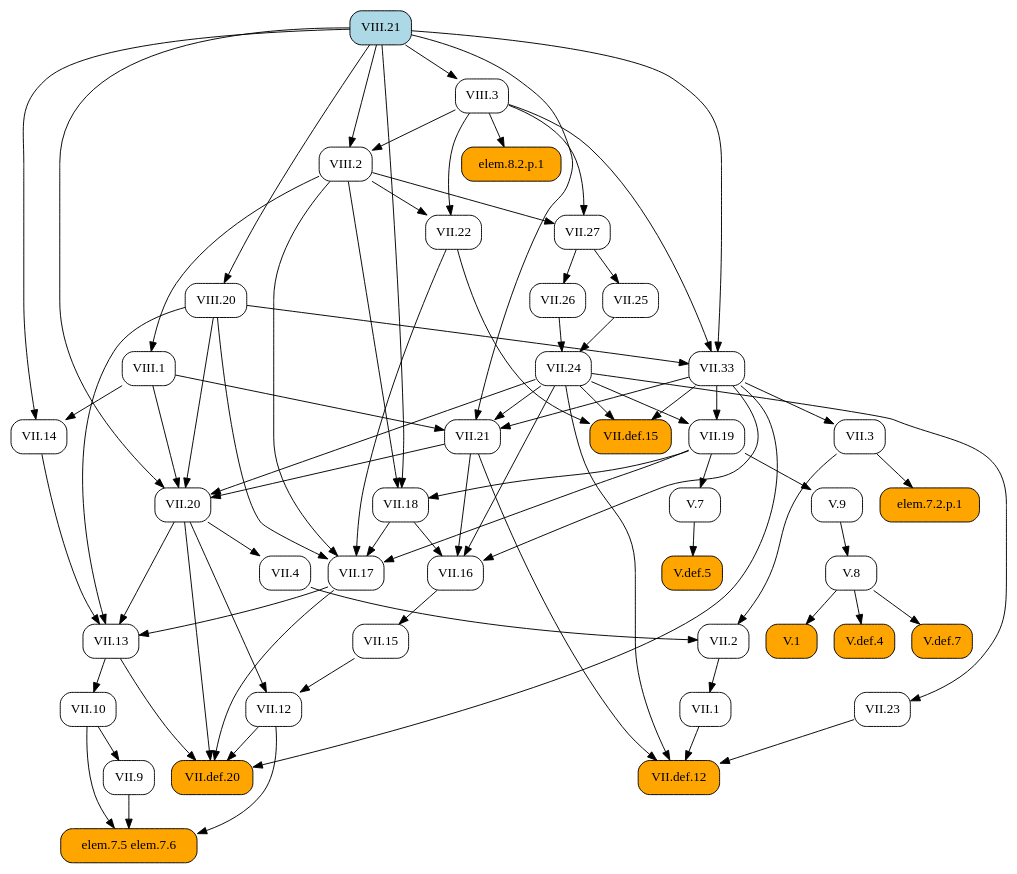
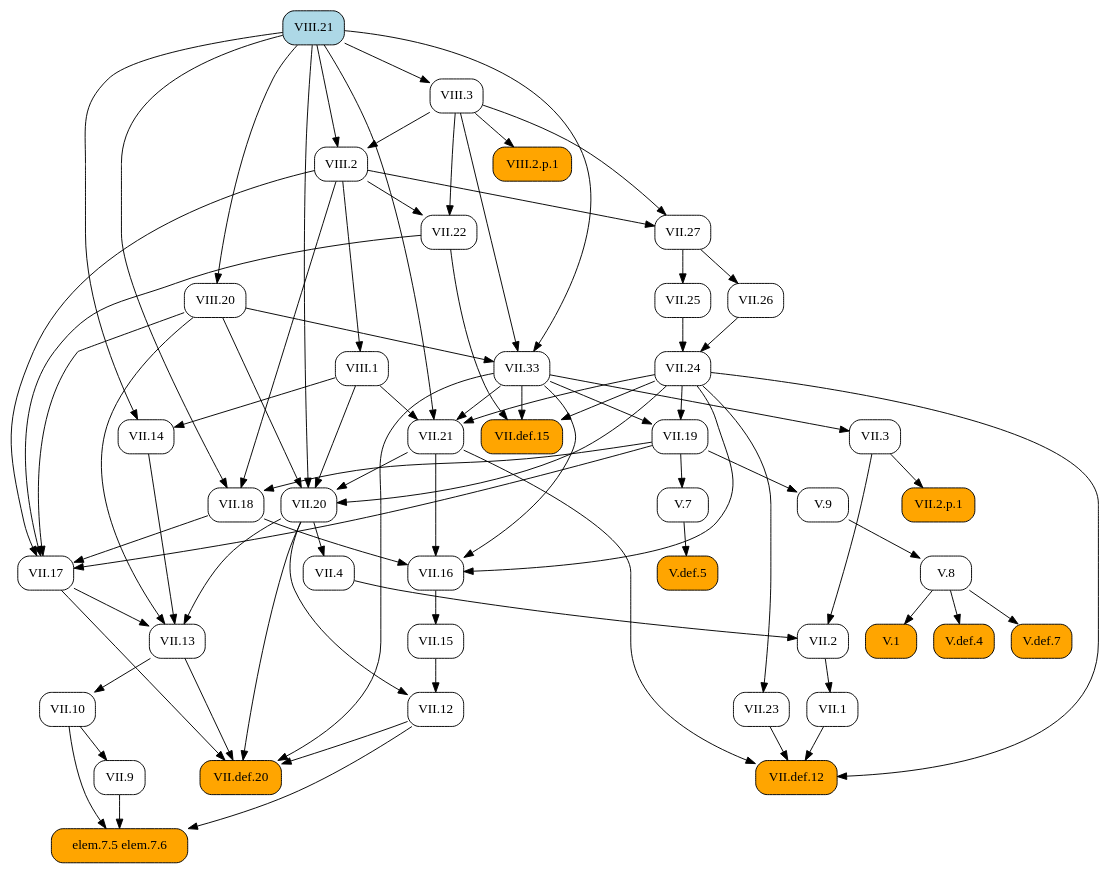
One commit to geometor/elements changed the diagram in docsrc/heath/VIII/21/index.rst. Above: the diagram before and after it, drawn with Graphviz. The commit also changed 484 other files, not shown here.

```diff
--- a/docsrc/heath/VIII/21/index.rst
+++ b/docsrc/heath/VIII/21/index.rst
@@ -66,125 +66,125 @@
    digraph {
      rankdir="TB";
      node [shape=box, style=rounded];
+     "VII.33" [URL="/heath/VII/33/", target="_top"];
+     "VII.12" [URL="/heath/VII/12/", target="_top"];
+     "elem.7.5 elem.7.6" [style="rounded,filled", fillcolor=orange];
+     "VIII.20" [URL="/heath/VIII/20/", target="_top"];
+     "VII.9" [URL="/heath/VII/9/", target="_top"];
+     "VIII.2" [URL="/heath/VIII/2/", target="_top"];
+     "VII.18" [URL="/heath/VII/18/", target="_top"];
+     "VII.16" [URL="/heath/VII/16/", target="_top"];
+     "V.7" [URL="/heath/V/7/", target="_top"];
+     "VII.26" [URL="/heath/VII/26/", target="_top"];
+     "V.def.5" [style="rounded,filled", fillcolor=orange, URL="/heath/V/def.5/", target="_top"];
+     "V.9" [URL="/heath/V/9/", target="_top"];
+     "VII.10" [URL="/heath/VII/10/", target="_top"];
+     "VIII.3" [URL="/heath/VIII/3/", target="_top"];
+     "VII.13" [URL="/heath/VII/13/", target="_top"];
+     "VII.def.15" [style="rounded,filled", fillcolor=orange, URL="/heath/VII/def.15/", target="_top"];
+     "VII.17" [URL="/heath/VII/17/", target="_top"];
+     "VII.19" [URL="/heath/VII/19/", target="_top"];
+     "VIII.2.p.1" [style="rounded,filled", fillcolor=orange];
+     "VII.2" [URL="/heath/VII/2/", target="_top"];
+     "VII.def.20" [style="rounded,filled", fillcolor=orange, URL="/heath/VII/def.20/", target="_top"];
+     "VII.2.p.1" [style="rounded,filled", fillcolor=orange];
+     "VII.15" [URL="/heath/VII/15/", target="_top"];
+     "V.def.4" [style="rounded,filled", fillcolor=orange, URL="/heath/V/def.4/", target="_top"];
+     "V.def.7" [style="rounded,filled", fillcolor=orange, URL="/heath/V/def.7/", target="_top"];
+     "VII.14" [URL="/heath/VII/14/", target="_top"];
+     "VIII.21" [style="rounded,filled", fillcolor=lightblue, URL="/heath/VIII/21/", target="_top"];
+     "VII.27" [URL="/heath/VII/27/", target="_top"];
+     "VII.21" [URL="/heath/VII/21/", target="_top"];
+     "VII.22" [URL="/heath/VII/22/", target="_top"];
+     "VII.25" [URL="/heath/VII/25/", target="_top"];
+     "VIII.1" [URL="/heath/VIII/1/", target="_top"];
      "VII.1" [URL="/heath/VII/1/", target="_top"];
-     "VII.9" [URL="/heath/VII/9/", target="_top"];
-     "V.def.5" [style="rounded,filled", fillcolor=orange, URL="/heath/V/def.5/", target="_top"];
+     "V.8" [URL="/heath/V/8/", target="_top"];
+     "VII.23" [URL="/heath/VII/23/", target="_top"];
+     "VII.4" [URL="/heath/VII/4/", target="_top"];
+     "VII.def.12" [style="rounded,filled", fillcolor=orange, URL="/heath/VII/def.12/", target="_top"];
+     "V.1" [style="rounded,filled", fillcolor=orange, URL="/heath/V/1/", target="_top"];
      "VII.3" [URL="/heath/VII/3/", target="_top"];
-     "VII.17" [URL="/heath/VII/17/", target="_top"];
-     "elem.7.5 elem.7.6" [style="rounded,filled", fillcolor=orange];
-     "VIII.21" [style="rounded,filled", fillcolor=lightblue, URL="/heath/VIII/21/", target="_top"];
-     "V.7" [URL="/heath/V/7/", target="_top"];
-     "V.9" [URL="/heath/V/9/", target="_top"];
-     "VII.13" [URL="/heath/VII/13/", target="_top"];
-     "VII.2" [URL="/heath/VII/2/", target="_top"];
-     "VIII.1" [URL="/heath/VIII/1/", target="_top"];
-     "VIII.2" [URL="/heath/VIII/2/", target="_top"];
-     "VII.12" [URL="/heath/VII/12/", target="_top"];
      "VII.24" [URL="/heath/VII/24/", target="_top"];
-     "VII.def.12" [style="rounded,filled", fillcolor=orange, URL="/heath/VII/def.12/", target="_top"];
-     "V.8" [URL="/heath/V/8/", target="_top"];
-     "VII.33" [URL="/heath/VII/33/", target="_top"];
-     "elem.7.2.p.1" [style="rounded,filled", fillcolor=orange];
-     "VII.10" [URL="/heath/VII/10/", target="_top"];
-     "VII.def.15" [style="rounded,filled", fillcolor=orange, URL="/heath/VII/def.15/", target="_top"];
-     "VII.18" [URL="/heath/VII/18/", target="_top"];
-     "VII.19" [URL="/heath/VII/19/", target="_top"];
-     "VII.16" [URL="/heath/VII/16/", target="_top"];
-     "VII.26" [URL="/heath/VII/26/", target="_top"];
-     "VII.4" [URL="/heath/VII/4/", target="_top"];
-     "VII.25" [URL="/heath/VII/25/", target="_top"];
-     "VII.21" [URL="/heath/VII/21/", target="_top"];
-     "V.1" [style="rounded,filled", fillcolor=orange, URL="/heath/V/1/", target="_top"];
      "VII.20" [URL="/heath/VII/20/", target="_top"];
-     "VII.14" [URL="/heath/VII/14/", target="_top"];
-     "VII.27" [URL="/heath/VII/27/", target="_top"];
-     "VIII.3" [URL="/heath/VIII/3/", target="_top"];
-     "V.def.4" [style="rounded,filled", fillcolor=orange, URL="/heath/V/def.4/", target="_top"];
-     "VII.22" [URL="/heath/VII/22/", target="_top"];
-     "VIII.20" [URL="/heath/VIII/20/", target="_top"];
-     "V.def.7" [style="rounded,filled", fillcolor=orange, URL="/heath/V/def.7/", target="_top"];
-     "VII.23" [URL="/heath/VII/23/", target="_top"];
-     "VII.15" [URL="/heath/VII/15/", target="_top"];
-     "VII.def.20" [style="rounded,filled", fillcolor=orange, URL="/heath/VII/def.20/", target="_top"];
-     "elem.8.2.p.1" [style="rounded,filled", fillcolor=orange];
-     "VII.2" -> "VII.1";
+     "VIII.3" -> "VII.33";
+     "VIII.20" -> "VII.33";
+     "VIII.21" -> "VII.33";
+     "VII.15" -> "VII.12";
+     "VII.20" -> "VII.12";
+     "VII.9" -> "elem.7.5 elem.7.6";
+     "VII.10" -> "elem.7.5 elem.7.6";
+     "VII.12" -> "elem.7.5 elem.7.6";
+     "VIII.21" -> "VIII.20";
      "VII.10" -> "VII.9";
+     "VIII.3" -> "VIII.2";
+     "VIII.21" -> "VIII.2";
+     "VII.19" -> "VII.18";
+     "VIII.2" -> "VII.18";
+     "VIII.21" -> "VII.18";
+     "VII.18" -> "VII.16";
+     "VII.21" -> "VII.16";
+     "VII.24" -> "VII.16";
+     "VII.33" -> "VII.16";
+     "VII.19" -> "V.7";
+     "VII.27" -> "VII.26";
      "V.7" -> "V.def.5";
-     "VII.33" -> "VII.3";
+     "VII.19" -> "V.9";
+     "VII.13" -> "VII.10";
+     "VIII.21" -> "VIII.3";
+     "VII.14" -> "VII.13";
+     "VII.17" -> "VII.13";
+     "VII.20" -> "VII.13";
+     "VIII.20" -> "VII.13";
+     "VII.22" -> "VII.def.15";
+     "VII.24" -> "VII.def.15";
+     "VII.33" -> "VII.def.15";
      "VII.18" -> "VII.17";
      "VII.19" -> "VII.17";
      "VII.22" -> "VII.17";
      "VIII.2" -> "VII.17";
      "VIII.20" -> "VII.17";
-     "VII.9" -> "elem.7.5 elem.7.6";
-     "VII.10" -> "elem.7.5 elem.7.6";
-     "VII.12" -> "elem.7.5 elem.7.6";
-     "VII.19" -> "V.7";
-     "VII.19" -> "V.9";
-     "VII.14" -> "VII.13";
-     "VII.17" -> "VII.13";
-     "VII.20" -> "VII.13";
-     "VIII.20" -> "VII.13";
+     "VII.24" -> "VII.19";
+     "VII.33" -> "VII.19";
+     "VIII.3" -> "VIII.2.p.1";
      "VII.3" -> "VII.2";
      "VII.4" -> "VII.2";
+     "VII.12" -> "VII.def.20";
+     "VII.13" -> "VII.def.20";
+     "VII.17" -> "VII.def.20";
+     "VII.20" -> "VII.def.20";
+     "VII.33" -> "VII.def.20";
+     "VII.3" -> "VII.2.p.1";
+     "VII.16" -> "VII.15";
+     "V.8" -> "V.def.4";
+     "V.8" -> "V.def.7";
+     "VIII.1" -> "VII.14";
+     "VIII.21" -> "VII.14";
+     "VIII.2" -> "VII.27";
+     "VIII.3" -> "VII.27";
+     "VII.24" -> "VII.21";
+     "VII.33" -> "VII.21";
+     "VIII.1" -> "VII.21";
+     "VIII.21" -> "VII.21";
+     "VIII.2" -> "VII.22";
+     "VIII.3" -> "VII.22";
+     "VII.27" -> "VII.25";
      "VIII.2" -> "VIII.1";
-     "VIII.3" -> "VIII.2";
-     "VIII.21" -> "VIII.2";
-     "VII.15" -> "VII.12";
-     "VII.20" -> "VII.12";
-     "VII.25" -> "VII.24";
-     "VII.26" -> "VII.24";
+     "VII.2" -> "VII.1";
+     "V.9" -> "V.8";
+     "VII.24" -> "VII.23";
+     "VII.20" -> "VII.4";
      "VII.1" -> "VII.def.12";
      "VII.21" -> "VII.def.12";
      "VII.23" -> "VII.def.12";
      "VII.24" -> "VII.def.12";
-     "V.9" -> "V.8";
-     "VIII.3" -> "VII.33";
-     "VIII.20" -> "VII.33";
-     "VIII.21" -> "VII.33";
-     "VII.3" -> "elem.7.2.p.1";
-     "VII.13" -> "VII.10";
-     "VII.22" -> "VII.def.15";
-     "VII.24" -> "VII.def.15";
-     "VII.33" -> "VII.def.15";
-     "VII.19" -> "VII.18";
-     "VIII.2" -> "VII.18";
-     "VIII.21" -> "VII.18";
-     "VII.24" -> "VII.19";
-     "VII.33" -> "VII.19";
-     "VII.18" -> "VII.16";
-     "VII.21" -> "VII.16";
-     "VII.24" -> "VII.16";
-     "VII.33" -> "VII.16";
-     "VII.27" -> "VII.26";
-     "VII.20" -> "VII.4";
-     "VII.27" -> "VII.25";
-     "VII.24" -> "VII.21";
-     "VII.33" -> "VII.21";
-     "VIII.1" -> "VII.21";
-     "VIII.21" -> "VII.21";
      "V.8" -> "V.1";
+     "VII.33" -> "VII.3";
+     "VII.25" -> "VII.24";
+     "VII.26" -> "VII.24";
      "VII.21" -> "VII.20";
      "VII.24" -> "VII.20";
      "VIII.1" -> "VII.20";
      "VIII.20" -> "VII.20";
      "VIII.21" -> "VII.20";
-     "VIII.1" -> "VII.14";
-     "VIII.21" -> "VII.14";
-     "VIII.2" -> "VII.27";
-     "VIII.3" -> "VII.27";
-     "VIII.21" -> "VIII.3";
-     "V.8" -> "V.def.4";
-     "VIII.2" -> "VII.22";
-     "VIII.3" -> "VII.22";
-     "VIII.21" -> "VIII.20";
-     "V.8" -> "V.def.7";
-     "VII.24" -> "VII.23";
-     "VII.16" -> "VII.15";
-     "VII.12" -> "VII.def.20";
-     "VII.13" -> "VII.def.20";
-     "VII.17" -> "VII.def.20";
-     "VII.20" -> "VII.def.20";
-     "VII.33" -> "VII.def.20";
-     "VIII.3" -> "elem.8.2.p.1";
    }
```
